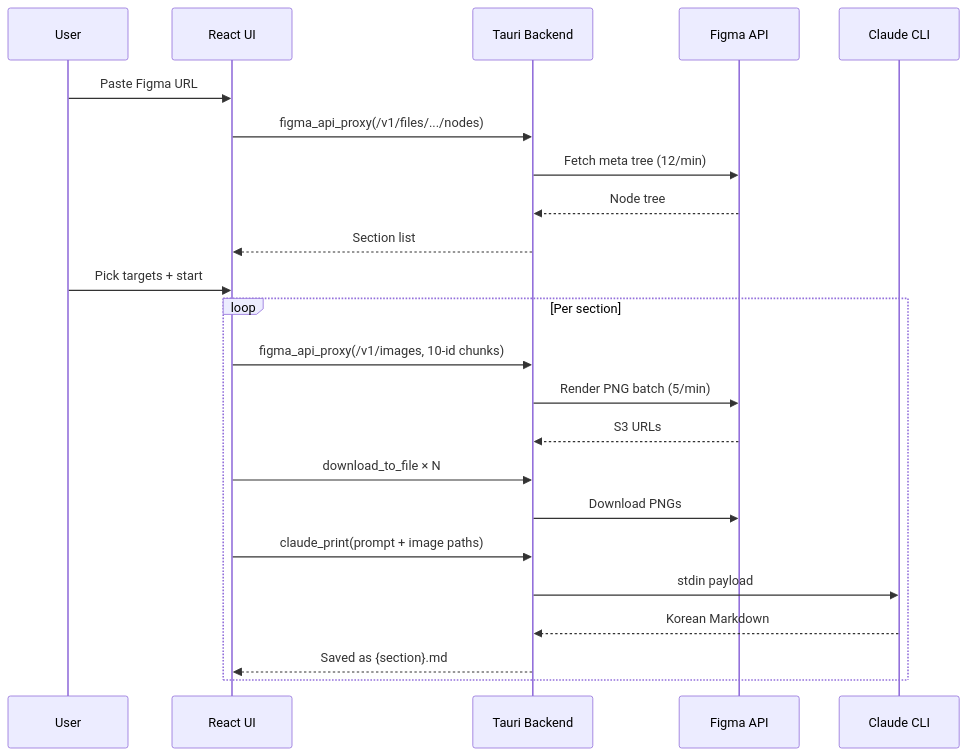
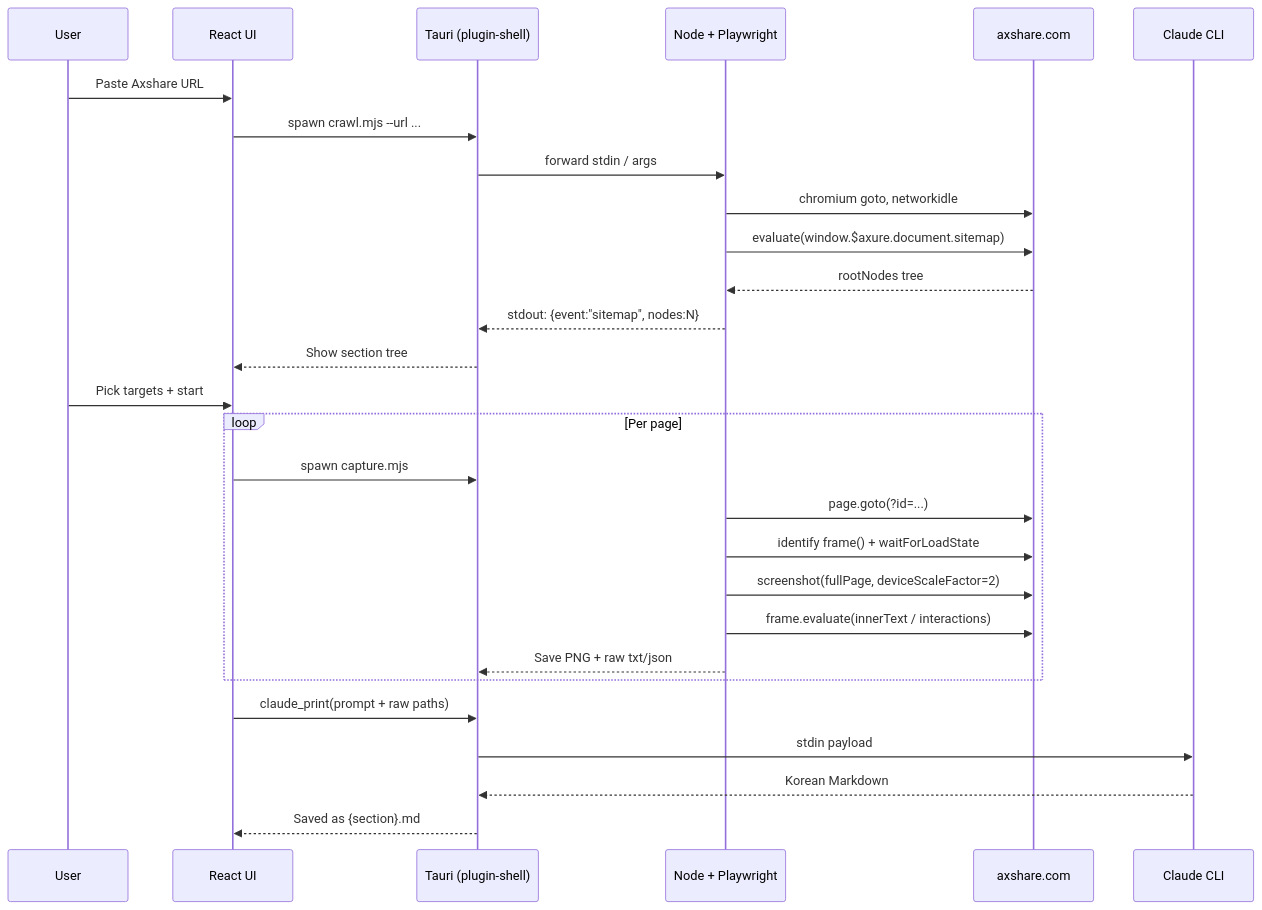
One commit to leonardo204/Portfolio changed the second of 2 diagrams in projects/flipbook-maker/README_EN.md. Above: the diagram before and after it, drawn with Mermaid. The commit also changed other lines of this file and 3 other files, not shown here.

First line of the commit message:
[Docs] Refine FlipMD project page with Axshare and Playwright details

````diff
--- a/projects/flipbook-maker/README_EN.md
+++ b/projects/flipbook-maker/README_EN.md
@@ -107,26 +140,31 @@
 ```mermaid
 sequenceDiagram
     participant U as User
     participant UI as React UI
-    participant T as Tauri Backend
-    participant F as Figma API
+    participant T as Tauri (plugin-shell)
+    participant N as Node + Playwright
+    participant AX as axshare.com
     participant C as Claude CLI
 
-    U->>UI: Paste Figma URL
-    UI->>T: figma_api_proxy(/v1/files/.../nodes)
-    T->>F: Fetch meta tree (12/min)
-    F-->>T: Node tree
-    T-->>UI: Section list
+    U->>UI: Paste Axshare URL
+    UI->>T: spawn crawl.mjs --url ...
+    T->>N: forward stdin / args
+    N->>AX: chromium goto, networkidle
+    N->>AX: evaluate(window.$axure.document.sitemap)
+    AX-->>N: rootNodes tree
+    N-->>T: stdout: {event:"sitemap", nodes:N}
+    T-->>UI: Show section tree
     U->>UI: Pick targets + start
-    loop Per section
-        UI->>T: figma_api_proxy(/v1/images, 10-id chunks)
-        T->>F: Render PNG batch (5/min)
-        F-->>T: S3 URLs
-        UI->>T: download_to_file × N
-        T->>F: Download PNGs
-        UI->>T: claude_print(prompt + image paths)
-        T->>C: stdin payload
-        C-->>T: Korean Markdown
-        T-->>UI: Saved as {section}.md
+    loop Per page
+        UI->>T: spawn capture.mjs
+        N->>AX: page.goto(?id=...)
+        N->>AX: identify frame() + waitForLoadState
+        N->>AX: screenshot(fullPage, deviceScaleFactor=2)
+        N->>AX: frame.evaluate(innerText / interactions)
+        N-->>T: Save PNG + raw txt/json
     end
+    UI->>T: claude_print(prompt + raw paths)
+    T->>C: stdin payload
+    C-->>T: Korean Markdown
+    T-->>UI: Saved as {section}.md
 ```
````
